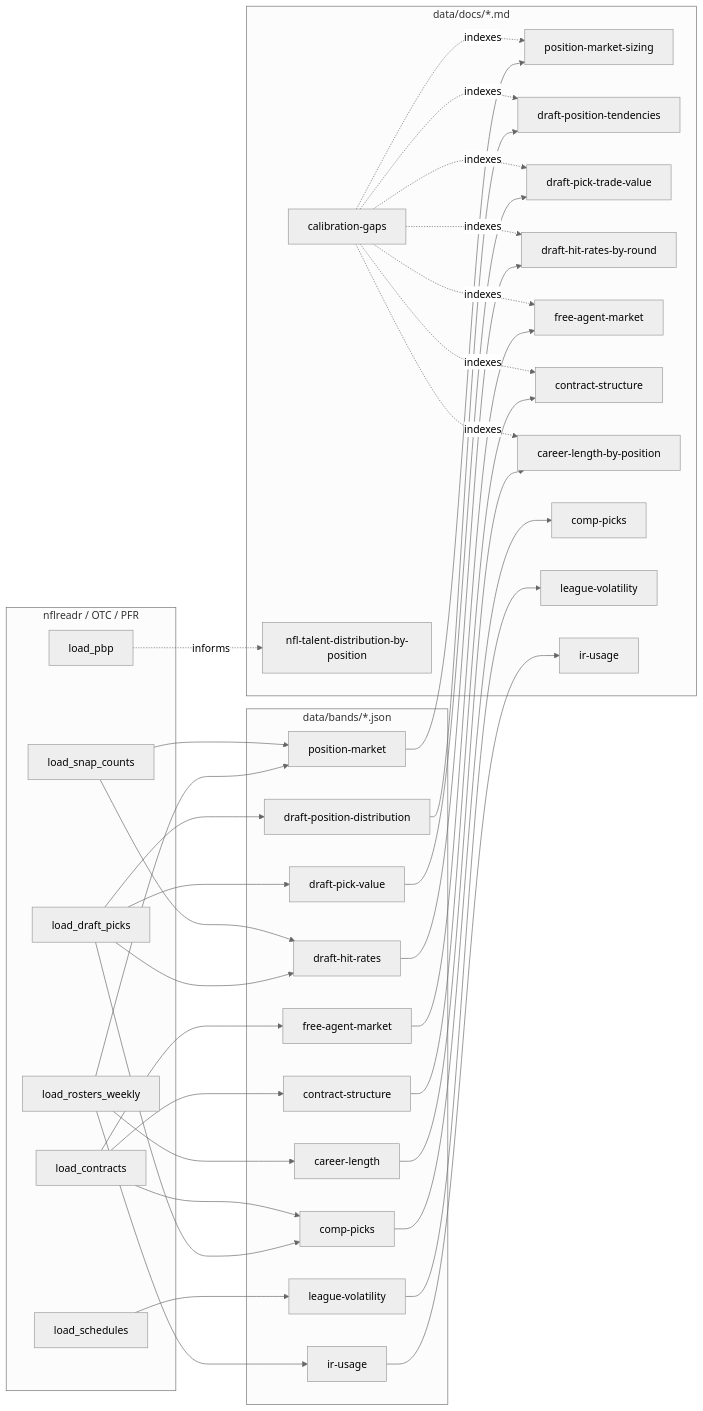
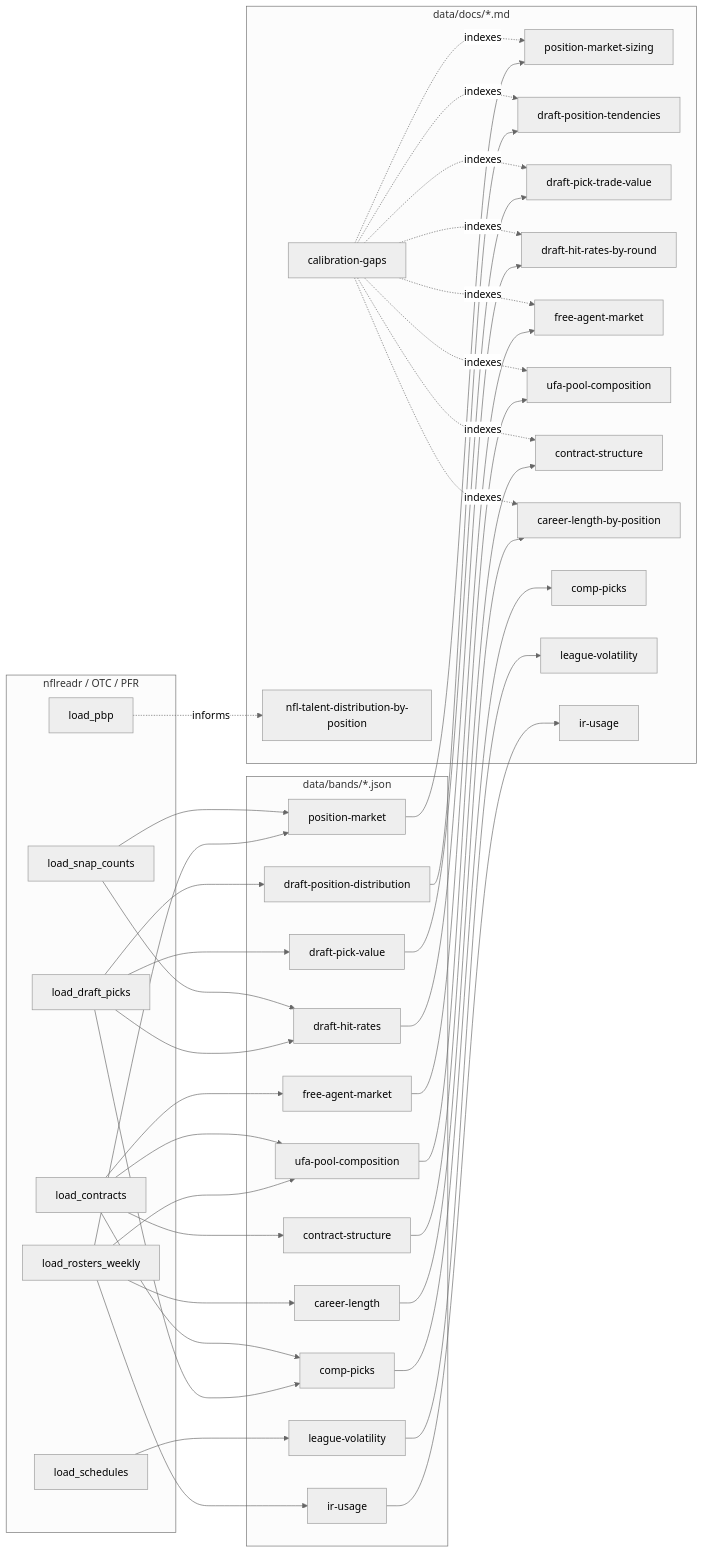
One commit to Tiernebre/zone-blitz changed the diagram in data/docs/README.md. Above: the diagram before and after it, drawn with Mermaid (neutral theme). The commit also changed other lines of this file and 4 other files, not shown here.

````diff
--- a/data/docs/README.md
+++ b/data/docs/README.md
@@ -15,56 +15,60 @@
 ```mermaid
 flowchart LR
     subgraph Sources["nflreadr / OTC / PFR"]
         PBP[load_pbp]
         ROS[load_rosters_weekly]
         SNAP[load_snap_counts]
         DRAFT[load_draft_picks]
         CTR[load_contracts]
         SCH[load_schedules]
     end
 
     subgraph Bands["data/bands/*.json"]
         B1[position-market]
         B2[draft-position-distribution]
         B3[draft-pick-value]
         B4[draft-hit-rates]
         B5[free-agent-market]
+        B5b[ufa-pool-composition]
         B6[contract-structure]
         B7[career-length]
         B8[comp-picks]
         B9[league-volatility]
         B10[ir-usage]
     end
 
     subgraph Docs["data/docs/*.md"]
         D0[calibration-gaps]
         D1[position-market-sizing]
         D2[draft-position-tendencies]
         D3[draft-pick-trade-value]
         D4[draft-hit-rates-by-round]
         D5[free-agent-market]
+        D5b[ufa-pool-composition]
         D6[contract-structure]
         D7[career-length-by-position]
         D8[nfl-talent-distribution-by-position]
         D9[comp-picks]
         D10[league-volatility]
         D11[ir-usage]
     end
 
     ROS --> B1 --> D1
     DRAFT --> B2 --> D2
     DRAFT --> B3 --> D3
     DRAFT --> B4 --> D4
     CTR --> B5 --> D5
+    ROS --> B5b --> D5b
+    CTR --> B5b
     CTR --> B6 --> D6
     ROS --> B7 --> D7
     DRAFT --> B8 --> D9
     CTR --> B8
     PBP -. informs .-> D8
     SNAP --> B1
     SNAP --> B4
     SCH --> B9 --> D10
     ROS --> B10 --> D11
 
-    D0 -. indexes .-> D1 & D2 & D3 & D4 & D5 & D6 & D7
+    D0 -. indexes .-> D1 & D2 & D3 & D4 & D5 & D5b & D6 & D7
 ```
````
